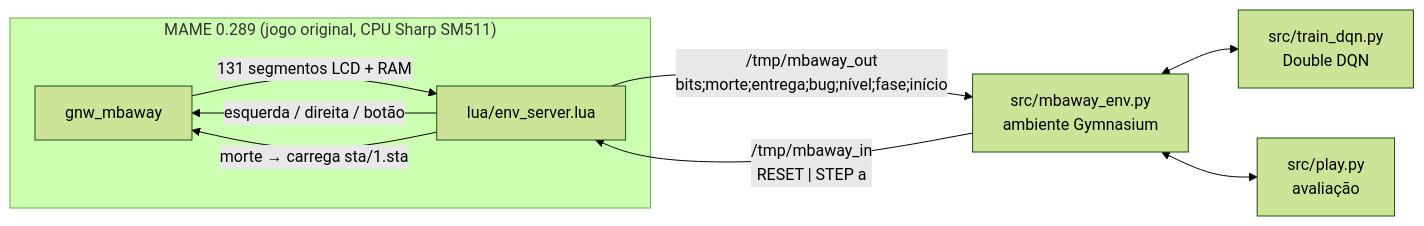
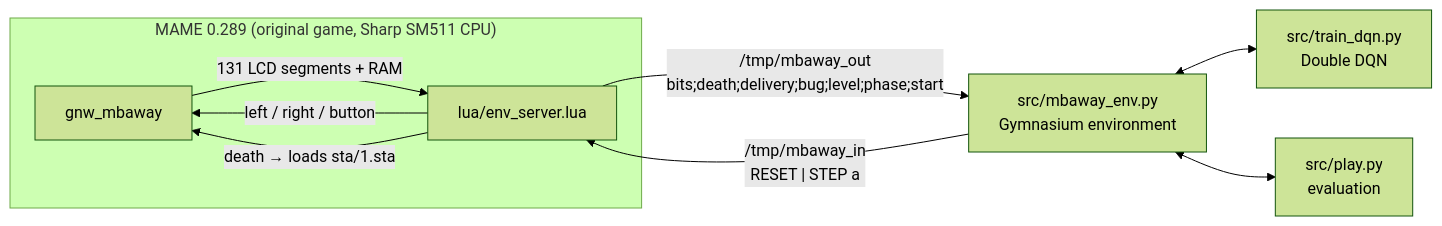
One commit to Caldas00/RL-marios-bombs-away changed the diagram in README.md. Above: the diagram before and after it, drawn with Mermaid (forest theme). The commit also changed other lines of this file and 14 other files, not shown here.

````diff
--- a/README.md
+++ b/README.md
@@ -34,12 +34,12 @@
 ```mermaid
 flowchart LR
-    subgraph MAME["MAME 0.289 (jogo original, CPU Sharp SM511)"]
-        G[gnw_mbaway] -- "131 segmentos LCD + RAM" --> L[lua/env_server.lua]
-        L -- "esquerda / direita / botão" --> G
-        L -- "morte → carrega sta/1.sta" --> G
+    subgraph MAME["MAME 0.289 (original game, Sharp SM511 CPU)"]
+        G[gnw_mbaway] -- "131 LCD segments + RAM" --> L[lua/env_server.lua]
+        L -- "left / right / button" --> G
+        L -- "death → loads sta/1.sta" --> G
     end
-    L -- "/tmp/mbaway_out<br/>bits;morte;entrega;bug;nível;fase;início" --> E[src/mbaway_env.py<br/>ambiente Gymnasium]
+    L -- "/tmp/mbaway_out<br/>bits;death;delivery;bug;level;phase;start" --> E[src/mbaway_env.py<br/>Gymnasium environment]
     E -- "/tmp/mbaway_in<br/>RESET | STEP a" --> L
     E <--> T[src/train_dqn.py<br/>Double DQN]
-    E <--> P[src/play.py<br/>avaliação]
+    E <--> P[src/play.py<br/>evaluation]
 ```
````
